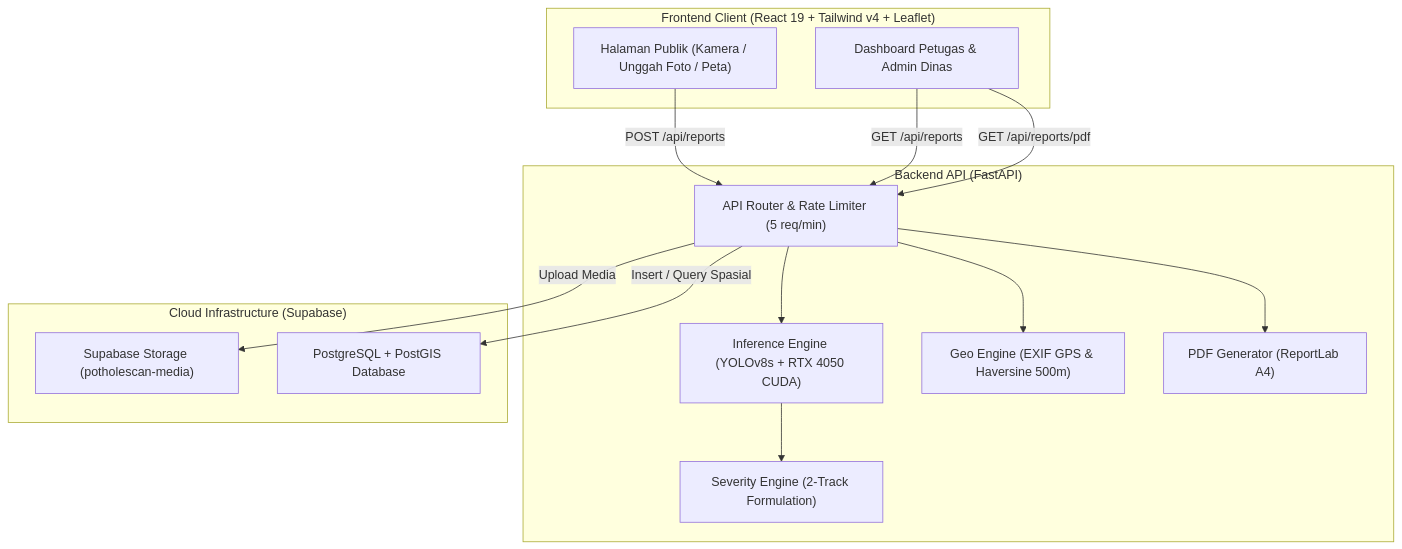
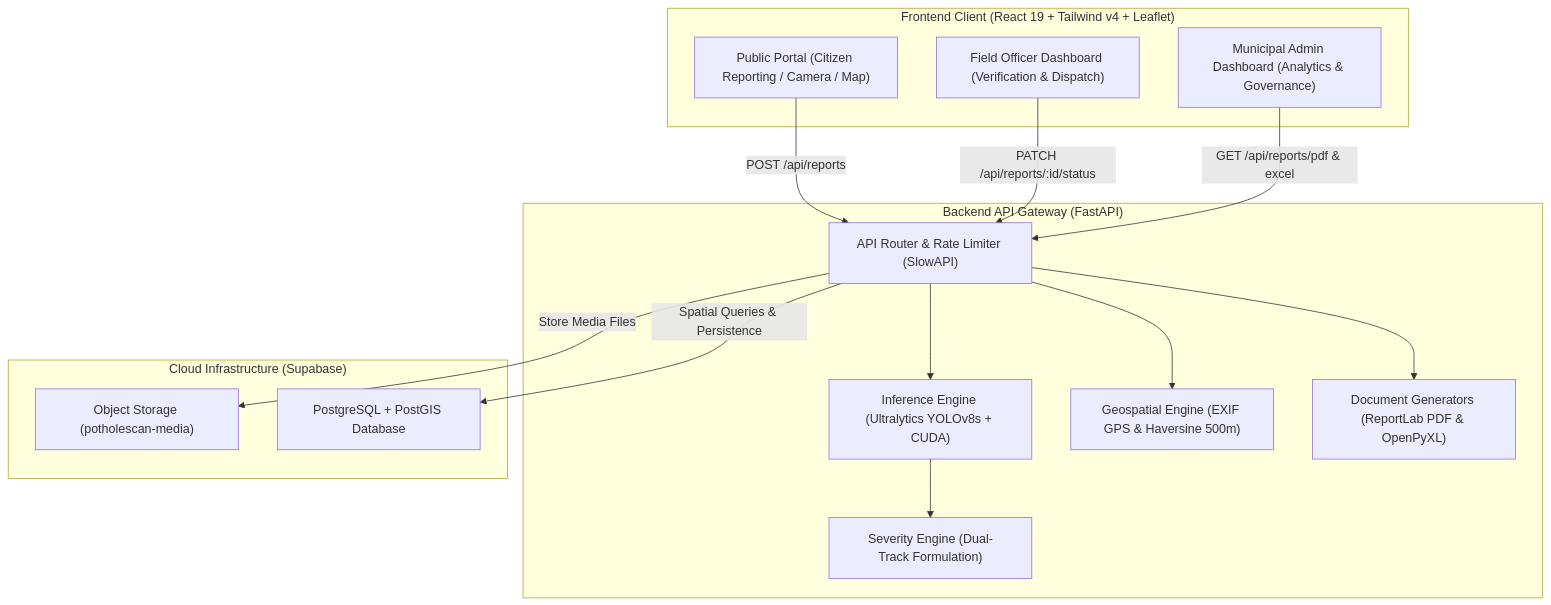
One commit to horizoneyy/potholescan-v2 changed the diagram in README.md. Above: the diagram before and after it, drawn with Mermaid. The commit also changed other lines of this file and 21 other files, not shown here.

````diff
--- a/README.md
+++ b/README.md
@@ -56,32 +95,33 @@
 ```mermaid
 flowchart TD
     subgraph Client["Frontend Client (React 19 + Tailwind v4 + Leaflet)"]
-        UI_Publik["Halaman Publik (Kamera / Unggah Foto / Peta)"]
-        UI_Dinas["Dashboard Petugas & Admin Dinas"]
+        UI_Public["Public Portal (Citizen Reporting / Camera / Map)"]
+        UI_Staff["Field Officer Dashboard (Verification & Dispatch)"]
+        UI_Admin["Municipal Admin Dashboard (Analytics & Governance)"]
     end
 
-    subgraph Server["Backend API (FastAPI)"]
-        API_Gateway["API Router & Rate Limiter (5 req/min)"]
-        AI_Engine["Inference Engine (YOLOv8s + RTX 4050 CUDA)"]
-        Severity["Severity Engine (2-Track Formulation)"]
-        Geo_Svc["Geo Engine (EXIF GPS & Haversine 500m)"]
-        PDF_Svc["PDF Generator (ReportLab A4)"]
+    subgraph Backend["Backend API Gateway (FastAPI)"]
+        API_GW["API Router & Rate Limiter (SlowAPI)"]
+        AI_Engine["Inference Engine (Ultralytics YOLOv8s + CUDA)"]
+        Severity_Calc["Severity Engine (Dual-Track Formulation)"]
+        Geo_Svc["Geospatial Engine (EXIF GPS & Haversine 500m)"]
+        Export_Svc["Document Generators (ReportLab PDF & OpenPyXL)"]
     end
 
     subgraph Cloud["Cloud Infrastructure (Supabase)"]
-        Storage["Supabase Storage (potholescan-media)"]
-        Postgres["PostgreSQL + PostGIS Database"]
+        Storage["Object Storage (potholescan-media)"]
+        DB["PostgreSQL + PostGIS Database"]
     end
 
-    UI_Publik -->|POST /api/reports| API_Gateway
-    UI_Dinas -->|GET /api/reports| API_Gateway
-    UI_Dinas -->|GET /api/reports/pdf| API_Gateway
-    
-    API_Gateway --> AI_Engine
-    AI_Engine --> Severity
-    API_Gateway --> Geo_Svc
-    API_Gateway --> PDF_Svc
-    
-    API_Gateway -->|Upload Media| Storage
-    API_Gateway -->|Insert / Query Spasial| Postgres
+    UI_Public -->|POST /api/reports| API_GW
+    UI_Staff -->|PATCH /api/reports/:id/status| API_GW
+    UI_Admin -->|GET /api/reports/pdf & excel| API_GW
+
+    API_GW --> AI_Engine
+    AI_Engine --> Severity_Calc
+    API_GW --> Geo_Svc
+    API_GW --> Export_Svc
+
+    API_GW -->|Store Media Files| Storage
+    API_GW -->|Spatial Queries & Persistence| DB
 ```
````
